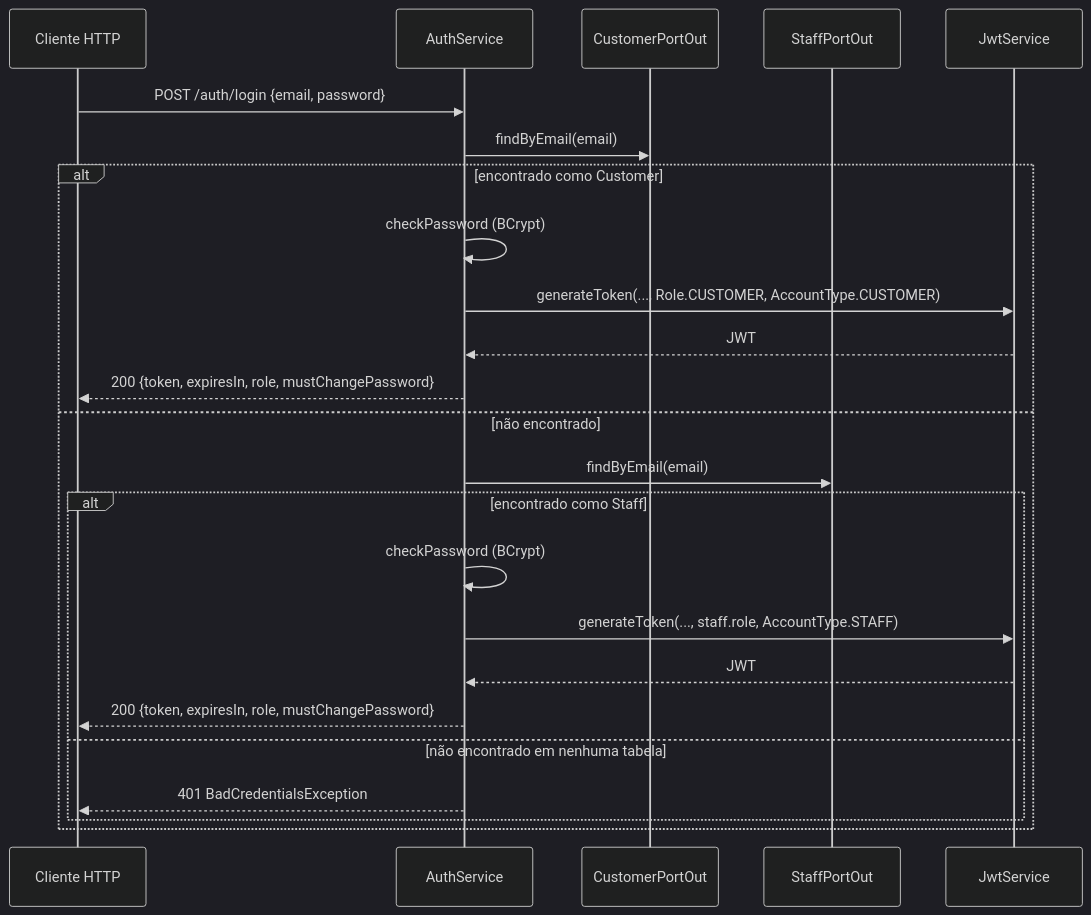
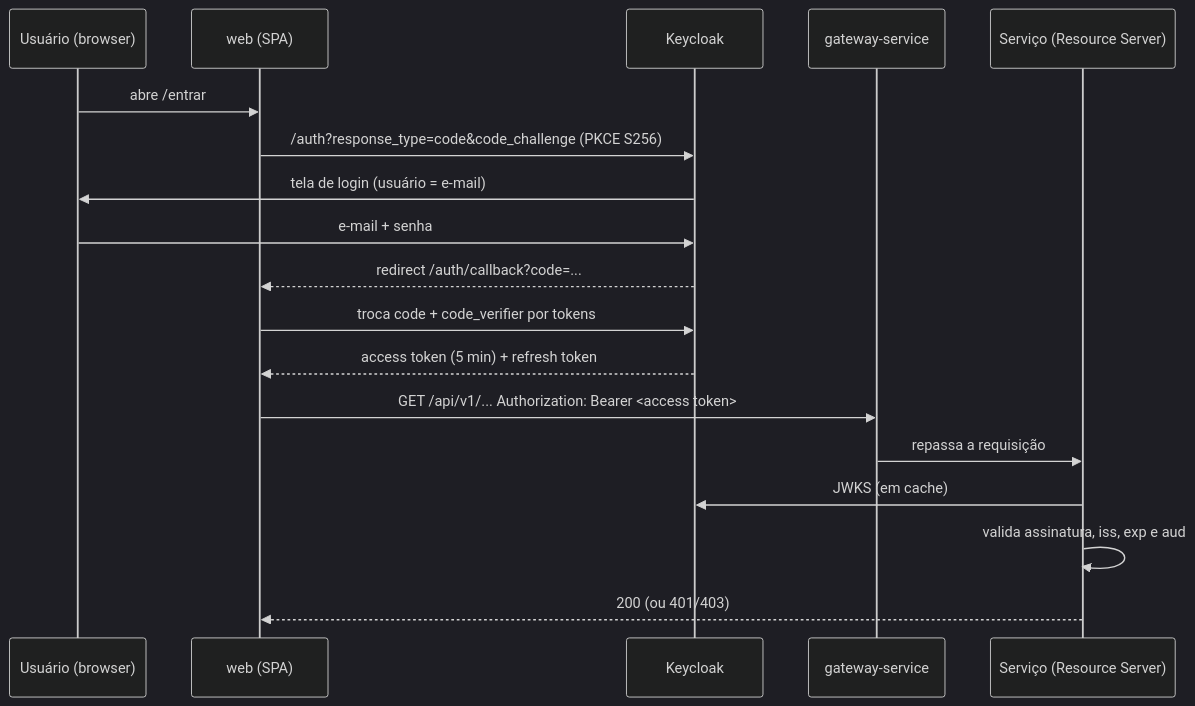
One commit to joaobrl/petshop changed the second of 5 diagrams in docs/documentacao-tecnica.md. Above: the diagram before and after it, drawn with Mermaid (dark theme). The commit also changed other lines of this file and 26 other files, not shown here.

````diff
--- a/docs/documentacao-tecnica.md
+++ b/docs/documentacao-tecnica.md
@@ -561,27 +581,21 @@
 ```mermaid
 sequenceDiagram
-    participant C as Cliente HTTP
-    participant Auth as AuthService
-    participant CustDb as CustomerPortOut
-    participant StaffDb as StaffPortOut
-    participant Jwt as JwtService
+    participant U as Usuário (browser)
+    participant W as web (SPA)
+    participant KC as Keycloak
+    participant GW as gateway-service
+    participant S as Serviço (Resource Server)
 
-    C->>Auth: POST /auth/login {email, password}
-    Auth->>CustDb: findByEmail(email)
-    alt encontrado como Customer
-        Auth->>Auth: checkPassword (BCrypt)
-        Auth->>Jwt: generateToken(..., Role.CUSTOMER, AccountType.CUSTOMER)
-        Jwt-->>Auth: JWT
-        Auth-->>C: 200 {token, expiresIn, role, mustChangePassword}
-    else não encontrado
-        Auth->>StaffDb: findByEmail(email)
-        alt encontrado como Staff
-            Auth->>Auth: checkPassword (BCrypt)
-            Auth->>Jwt: generateToken(..., staff.role, AccountType.STAFF)
-            Jwt-->>Auth: JWT
-            Auth-->>C: 200 {token, expiresIn, role, mustChangePassword}
-        else não encontrado em nenhuma tabela
-            Auth-->>C: 401 BadCredentialsException
-        end
-    end
+    U->>W: abre /entrar
+    W->>KC: /auth?response_type=code&code_challenge (PKCE S256)
+    KC->>U: tela de login (usuário = e-mail)
+    U->>KC: e-mail + senha
+    KC-->>W: redirect /auth/callback?code=...
+    W->>KC: troca code + code_verifier por tokens
+    KC-->>W: access token (5 min) + refresh token
+    W->>GW: GET /api/v1/... Authorization: Bearer <access token>
+    GW->>S: repassa a requisição
+    S->>KC: JWKS (em cache)
+    S->>S: valida assinatura, iss, exp e aud
+    S-->>W: 200 (ou 401/403)
 ```
````
